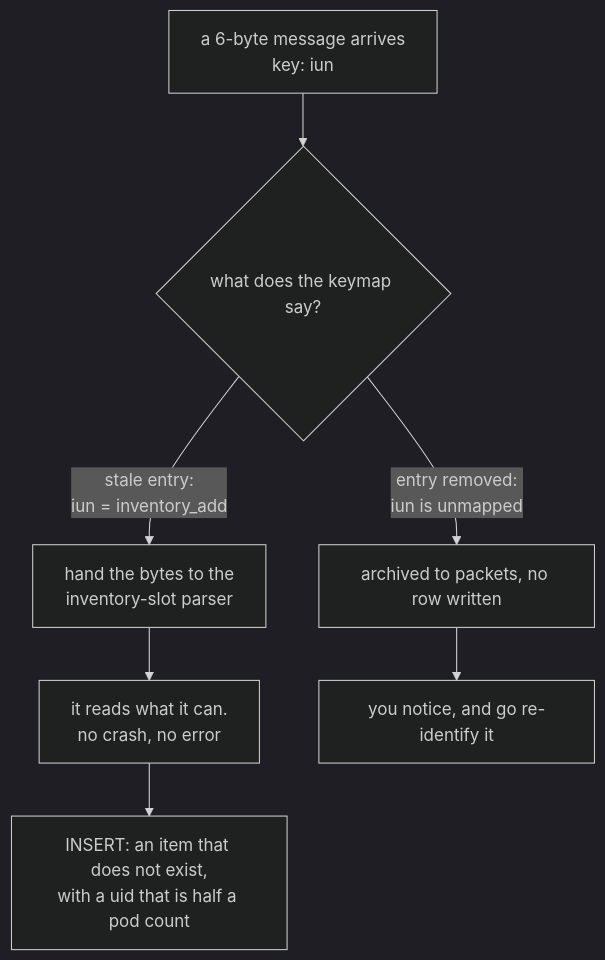
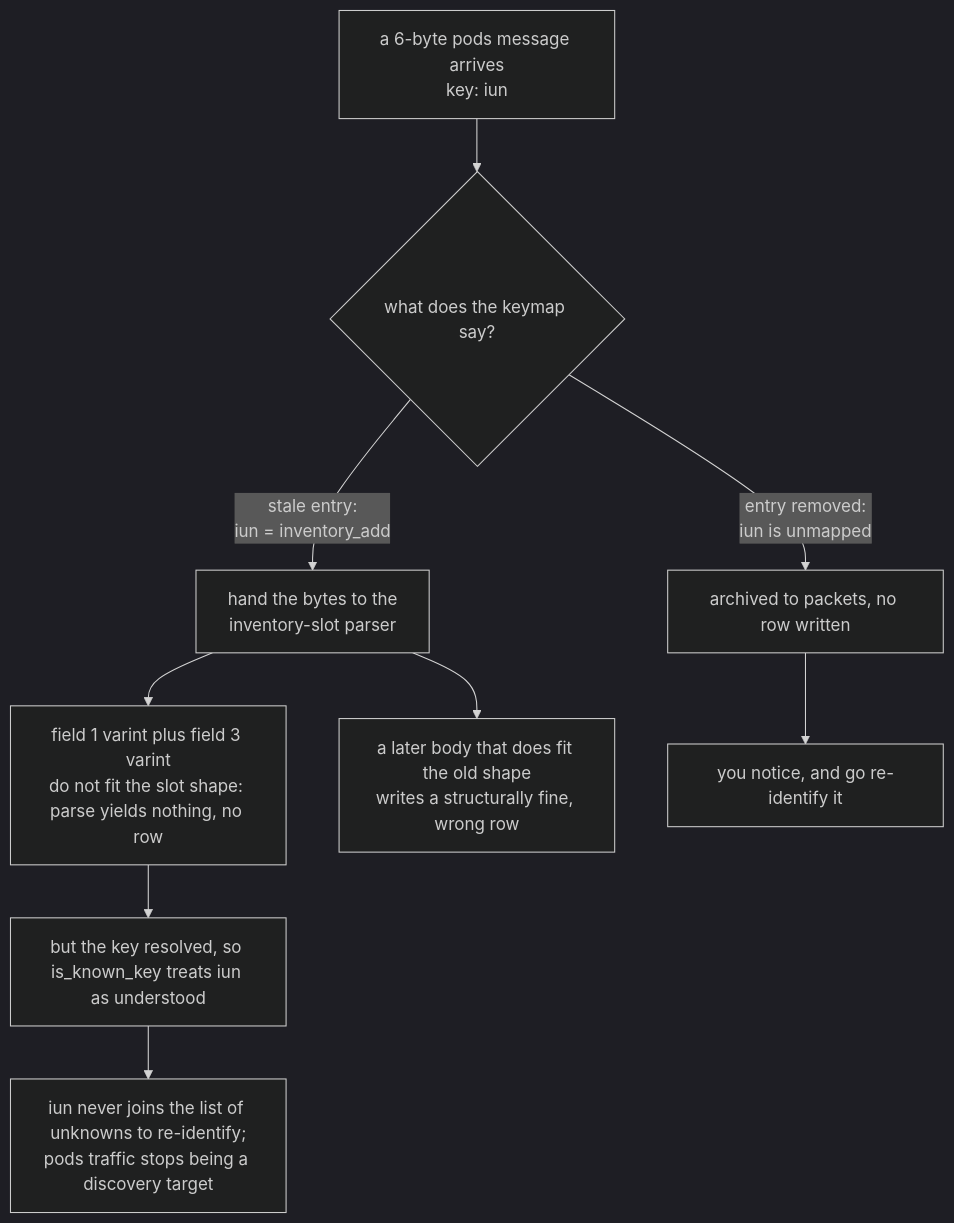
The diagram in blog/medium/assets/02-d01.mmd (Miou-zora/SniffSniffSquared), drawn with Mermaid (dark theme) before and after one commit. The commit also changed 3 other files, not shown here.

```diff
--- a/blog/medium/assets/02-d01.mmd
+++ b/blog/medium/assets/02-d01.mmd
@@ -1,7 +1,9 @@
 flowchart TD
-    W["a 6-byte message arrives<br/>key: iun"] --> B{"what does the keymap say?"}
+    W["a 6-byte pods message arrives<br/>key: iun"] --> B{"what does the keymap say?"}
     B -->|"stale entry:<br/>iun = inventory_add"| C["hand the bytes to the<br/>inventory-slot parser"]
-    C --> D["it reads what it can.<br/>no crash, no error"]
-    D --> E["INSERT: an item that does not exist,<br/>with a uid that is half a pod count"]
+    C --> D["field 1 varint plus field 3 varint<br/>do not fit the slot shape: parse yields nothing, no row"]
+    D --> K["but the key resolved, so is_known_key treats iun as understood"]
+    K --> L["iun never joins the list of unknowns to re-identify;<br/>pods traffic stops being a discovery target"]
+    C --> M["a later body that does fit the old shape<br/>writes a structurally fine, wrong row"]
     B -->|"entry removed:<br/>iun is unmapped"| F["archived to packets, no row written"]
     F --> G["you notice, and go re-identify it"]
```
